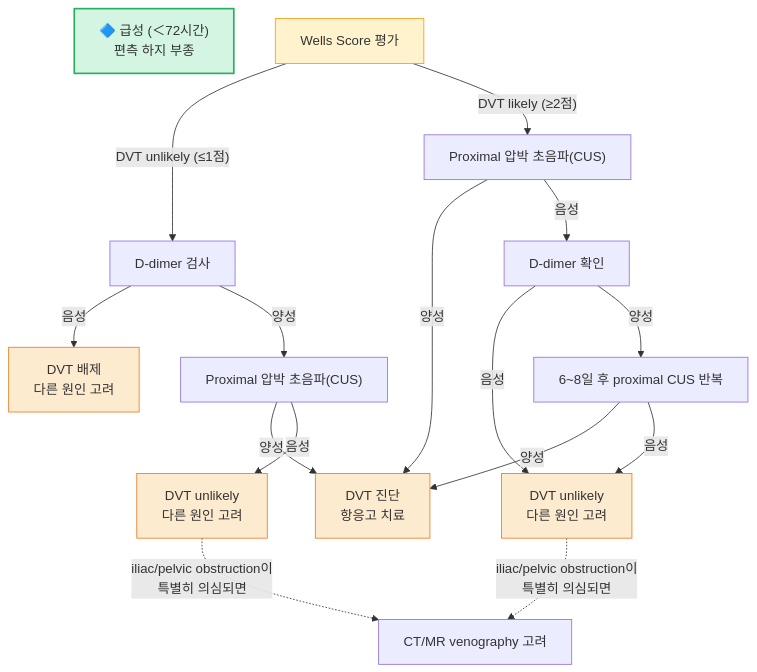
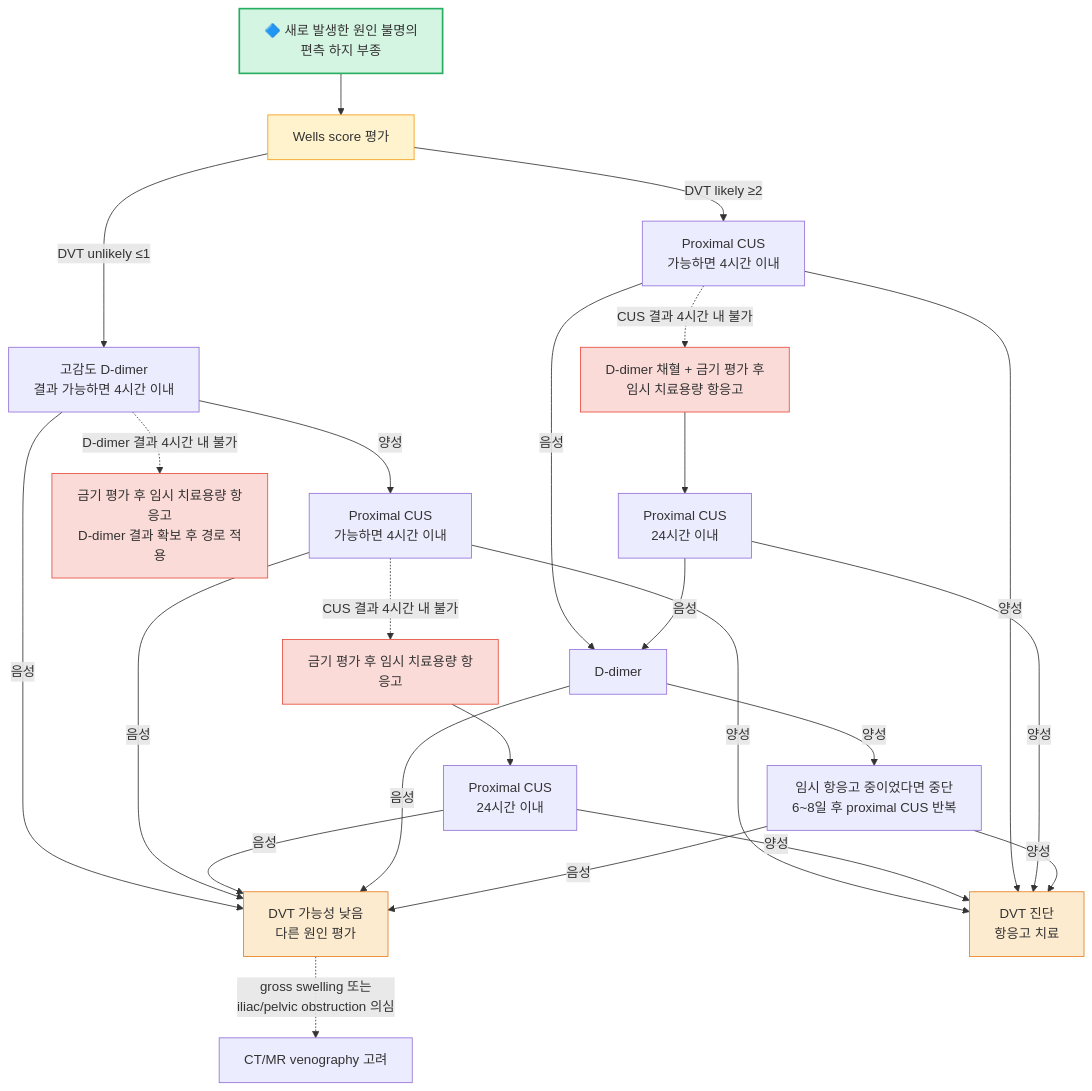
One commit to familyoh77/familyoh77 changed the first of 4 diagrams in 220_/012_-edema.md. Above: the diagram before and after it, drawn with Mermaid. The commit also changed other lines of this file, not shown here.

````diff
--- a/220_/012_-edema.md
+++ b/220_/012_-edema.md
@@ -164,28 +178,34 @@
 ```mermaid
 graph TD
-SG1["🔷 급성 (＜72시간)<br/>편측 하지 부종"]
-        B["Wells Score 평가"]
-        B -- "DVT unlikely (≤1점)" --> C["D-dimer 검사"]
-        C -- "음성" --> E["DVT 배제<br/>다른 원인 고려"]
-        C -- "양성" --> D1["Proximal 압박 초음파(CUS)"]
+SG1["🔷 새로 발생한 원인 불명의<br/>편측 하지 부종"] --> B["Wells score 평가"]
+        B -- "DVT unlikely ≤1" --> C["고감도 D-dimer<br/>결과 가능하면 4시간 이내"]
+        C -- "음성" --> E["DVT 가능성 낮음<br/>다른 원인 평가"]
+        C -- "양성" --> D1["Proximal CUS<br/>가능하면 4시간 이내"]
+        C -. "D-dimer 결과 4시간 내 불가" .-> I1["금기 평가 후 임시 치료용량 항응고<br/>D-dimer 결과 확보 후 경로 적용"]
+        B -- "DVT likely ≥2" --> D2["Proximal CUS<br/>가능하면 4시간 이내"]
         D1 -- "양성" --> G["DVT 진단<br/>항응고 치료"]
-        D1 -- "음성" --> J1["DVT unlikely<br/>다른 원인 고려"]
+        D1 -- "음성" --> E
+        D1 -. "CUS 결과 4시간 내 불가" .-> I3["금기 평가 후 임시 치료용량 항응고"]
+        I3 --> D4["Proximal CUS<br/>24시간 이내"]
+        D4 -- "양성" --> G
+        D4 -- "음성" --> E
+        D2 -- "양성" --> G
+        D2 -- "음성" --> DD["D-dimer"]
+        D2 -. "CUS 결과 4시간 내 불가" .-> I2["D-dimer 채혈 + 금기 평가 후<br/>임시 치료용량 항응고"]
+        I2 --> D3["Proximal CUS<br/>24시간 이내"]
+        D3 -- "양성" --> G
+        D3 -- "음성" --> DD
+        DD -- "음성" --> E
+        DD -- "양성" --> R["임시 항응고 중이었다면 중단<br/>6~8일 후 proximal CUS 반복"]
+        R -- "양성" --> G
+        R -- "음성" --> E
+        E -. "gross swelling 또는<br/>iliac/pelvic obstruction 의심" .-> H["CT/MR venography 고려"]
 
-        B -- "DVT likely (≥2점)" --> D2["Proximal 압박 초음파(CUS)"]
-        D2 -- "양성" --> G
-        D2 -- "음성" --> DD["D-dimer 확인"]
-        DD -- "음성" --> J2["DVT unlikely<br/>다른 원인 고려"]
-        DD -- "양성" --> R["6~8일 후 proximal CUS 반복"]
-        R -- "양성" --> G
-        R -- "음성" --> J2
-
-        J1 -. "iliac/pelvic obstruction이<br/>특별히 의심되면" .-> H["CT/MR venography 고려"]
-        J2 -. "iliac/pelvic obstruction이<br/>특별히 의심되면" .-> H
-
-style SG1 fill:#d5f5e3,stroke:#27ae60,stroke-width:2px
+    style SG1 fill:#d5f5e3,stroke:#27ae60,stroke-width:2px
     style B fill:#fff3cd,stroke:#f39c12
+    style I1 fill:#fadbd8,stroke:#e74c3c
+    style I2 fill:#fadbd8,stroke:#e74c3c
+    style I3 fill:#fadbd8,stroke:#e74c3c
     style E fill:#fdebd0,stroke:#e67e22
     style G fill:#fdebd0,stroke:#e67e22
-    style J1 fill:#fdebd0,stroke:#e67e22
-    style J2 fill:#fdebd0,stroke:#e67e22
 ```
````
